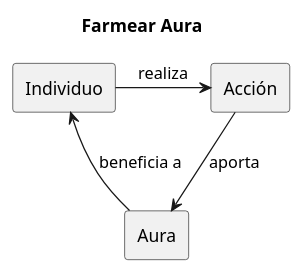
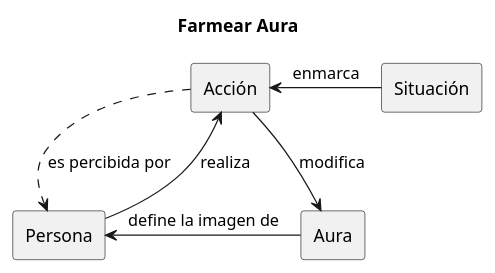
One commit to miguelgomz/26-27-idsw1 changed the diagram in entregas/gomezMiguel/docs/modeloUML/farmearaura.puml. Above: the diagram before and after it, drawn with PlantUML. The commit also changed 2 other files, not shown here.

Commit message:
modificaion uml

```diff
--- a/entregas/gomezMiguel/docs/modeloUML/farmearaura.puml
+++ b/entregas/gomezMiguel/docs/modeloUML/farmearaura.puml
@@ -1,11 +1,14 @@
 @startuml
 title Farmear Aura
 
-rectangle Individuo
+rectangle Persona
 rectangle Acción
 rectangle Aura
+rectangle Situación
 
-Individuo -right-> Acción : realiza
-Acción -down-> Aura : aporta
-Aura -left-> Individuo : beneficia a
+Persona -right-> Acción : realiza
+Acción -down-> Aura : modifica
+Aura -left-> Persona : define la imagen de
+Situación -left-> Acción : enmarca
+Acción ..> Persona : es percibida por
 @enduml
```
